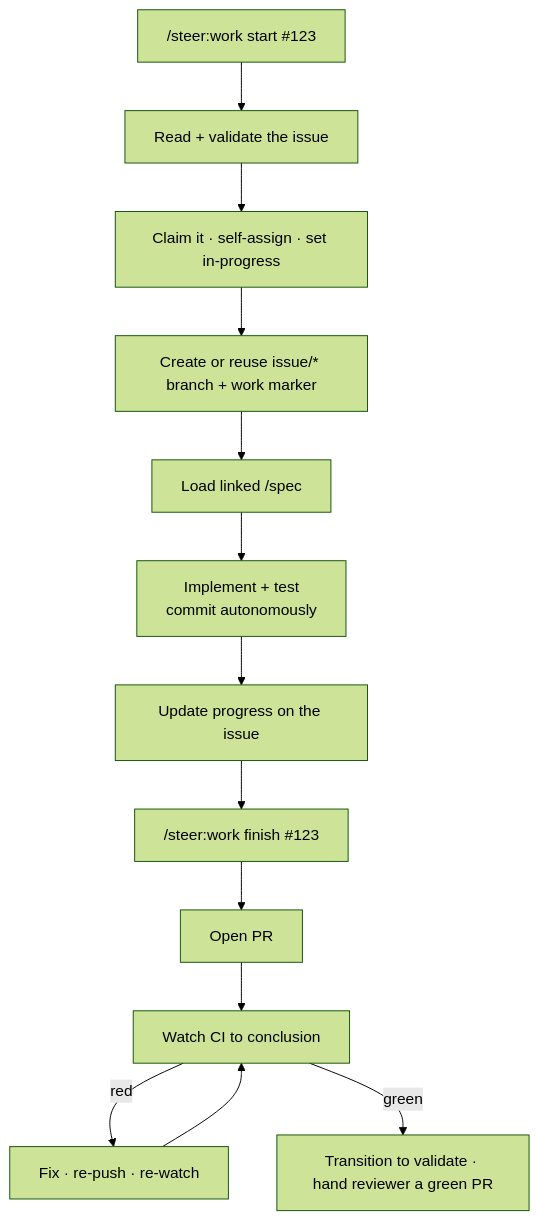
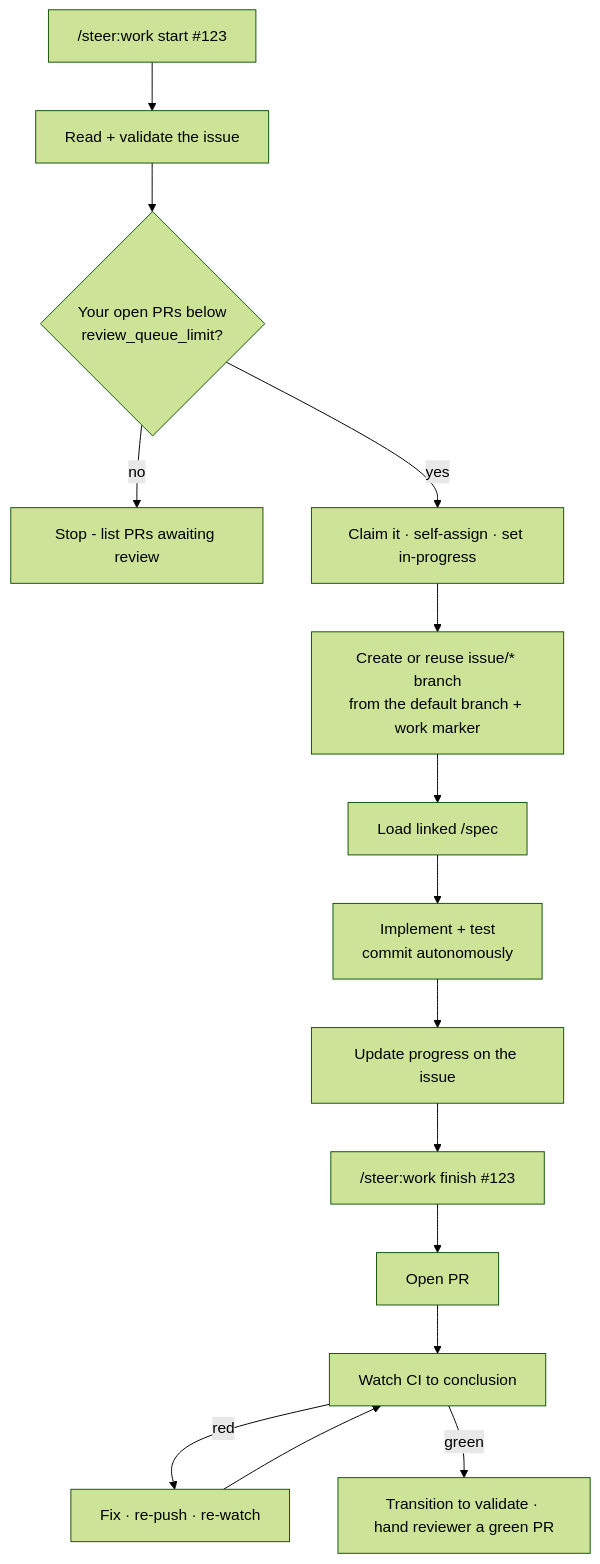
The diagram in docs/workflows/work.md (element22llc/e22-plugins), drawn with Mermaid (forest theme) before and after one commit. The commit also changed other lines of this file and 3 other files, not shown here.

Commit message:
docs(docs): document the stacked-PR gate and review-queue limit

````diff
--- a/docs/workflows/work.md
+++ b/docs/workflows/work.md
@@ -37,15 +37,17 @@
 ```mermaid
 flowchart TD
     START["/steer:work start #123"] --> VALIDATE[Read + validate the issue]
-    VALIDATE --> CLAIM[Claim it · self-assign · set in-progress]
-    CLAIM --> BRANCH[Create or reuse issue/* branch + work marker]
+    VALIDATE --> QUEUE{Your open PRs below<br/>review_queue_limit?}
+    QUEUE -->|no| WAIT[Stop - list PRs awaiting review]
+    QUEUE -->|yes| CLAIM[Claim it · self-assign · set in-progress]
+    CLAIM --> BRANCH[Create or reuse issue/* branch<br/>from the default branch + work marker]
     BRANCH --> SPEC[Load linked /spec]
     SPEC --> IMPL[Implement + test<br/>commit autonomously]
     IMPL --> PROGRESS[Update progress on the issue]
     PROGRESS --> FINISH["/steer:work finish #123"]
     FINISH --> PR[Open PR]
     PR --> WATCH[Watch CI to conclusion]
     WATCH -->|red| FIX[Fix · re-push · re-watch]
     FIX --> WATCH
     WATCH -->|green| STATE[Transition to validate · hand reviewer a green PR]
 ```
````
